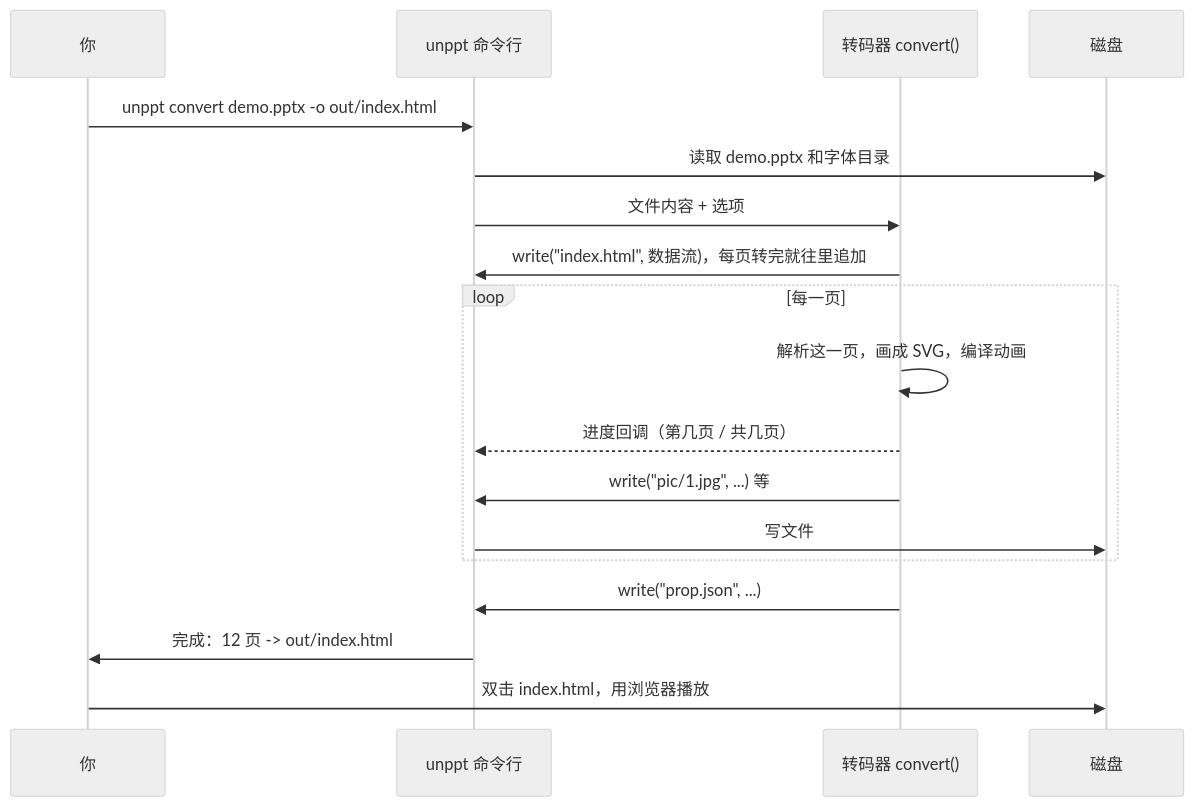
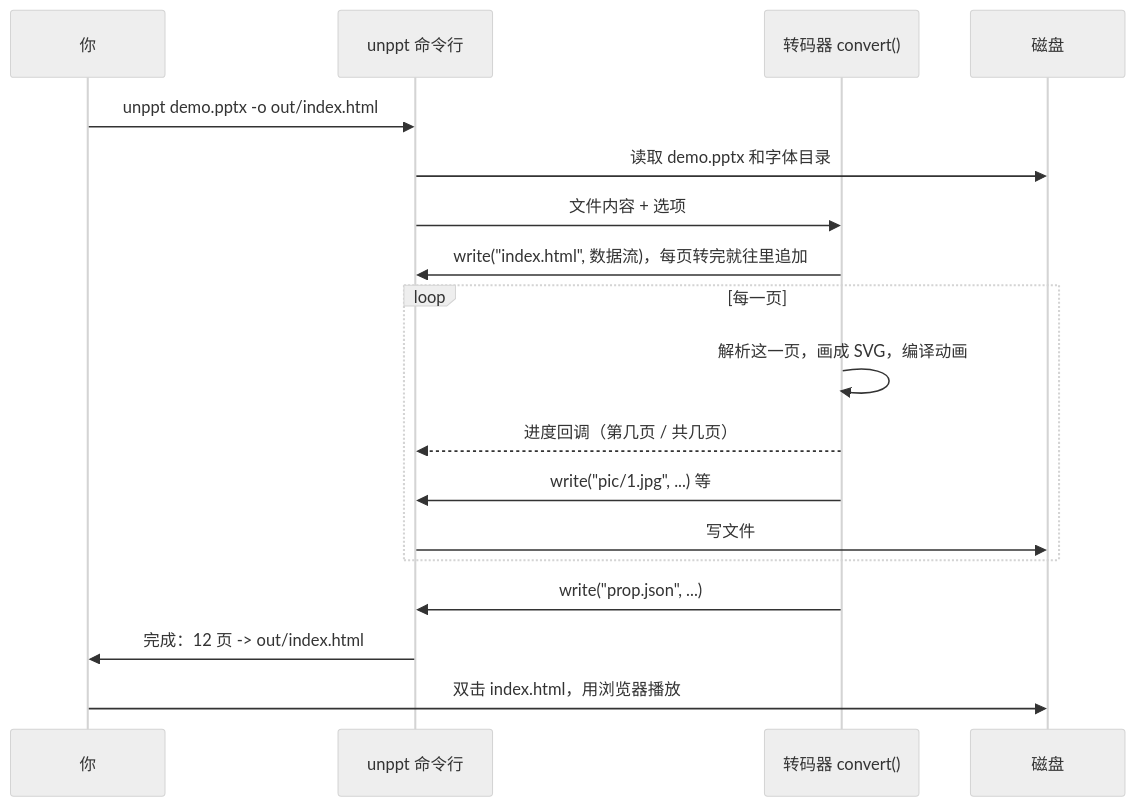
One commit to spitmaster/unppt changed the third of 5 diagrams in docs/zh/getting-started.md. Above: the diagram before and after it, drawn with Mermaid (neutral theme). The commit also changed other lines of this file and 24 other files, not shown here.

First line of the commit message:
release: 0.2.0 命令行简化为 unppt <文件.pptx>

````diff
--- a/docs/zh/getting-started.md
+++ b/docs/zh/getting-started.md
@@ -129,20 +129,20 @@
 ```mermaid
 sequenceDiagram
   participant U as 你
   participant CLI as unppt 命令行
   participant T as 转码器 convert()
   participant D as 磁盘
-  U->>CLI: unppt convert demo.pptx -o out/index.html
+  U->>CLI: unppt demo.pptx -o out/index.html
   CLI->>D: 读取 demo.pptx 和字体目录
   CLI->>T: 文件内容 + 选项
   T->>CLI: write("index.html", 数据流)，每页转完就往里追加
   loop 每一页
     T->>T: 解析这一页，画成 SVG，编译动画
     T-->>CLI: 进度回调（第几页 / 共几页）
     T->>CLI: write("pic/1.jpg", ...) 等
     CLI->>D: 写文件
   end
   T->>CLI: write("prop.json", ...)
   CLI->>U: 完成：12 页 -> out/index.html
   U->>D: 双击 index.html，用浏览器播放
 ```
````
